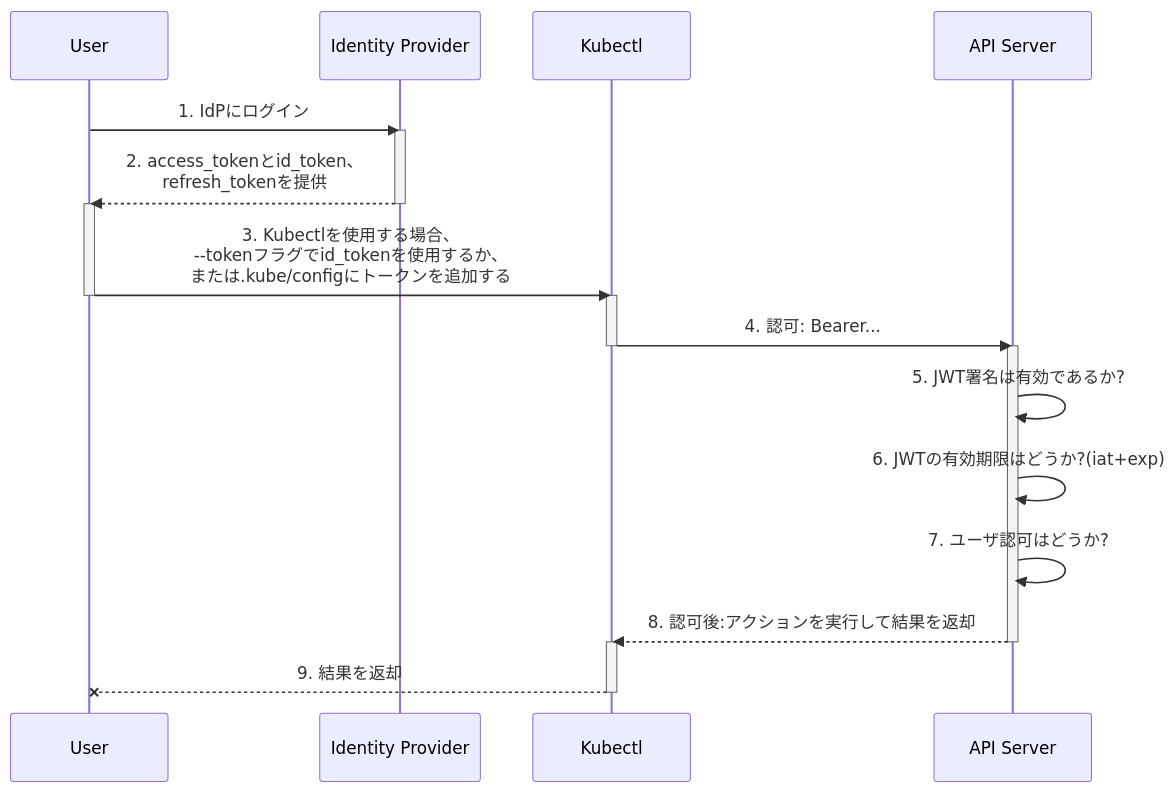
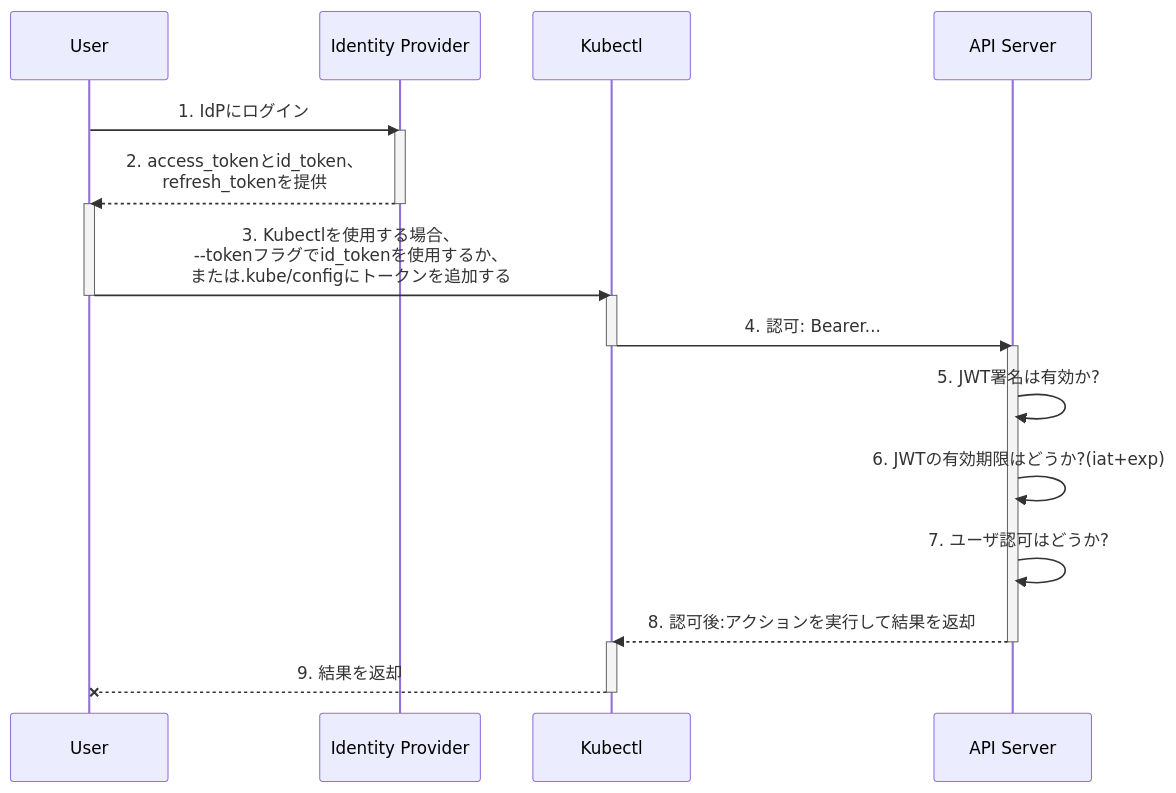
Before and after one commit to kubernetes/website: the diagram in content/ja/docs/reference/access-authn-authz/authentication.md, drawn with Mermaid.

```diff
--- a/content/ja/docs/reference/access-authn-authz/authentication.md
+++ b/content/ja/docs/reference/access-authn-authz/authentication.md
@@ -198,27 +198,27 @@
 {{< mermaid >}}
 sequenceDiagram
     participant user as User
     participant idp as Identity Provider
     participant kube as Kubectl
     participant api as API Server
 
     user ->> idp: 1. IdPにログイン
     activate idp
     idp -->> user: 2. access_tokenとid_token、<br>refresh_tokenを提供
     deactivate idp
     activate user
     user ->> kube: 3. Kubectlを使用する場合、<br>--tokenフラグでid_tokenを使用するか、<br>または.kube/configにトークンを追加する
     deactivate user
     activate kube
     kube ->> api: 4. 認可: Bearer...
     deactivate kube
     activate api
-    api ->> api: 5. JWT署名は有効であるか?
+    api ->> api: 5. JWT署名は有効か?
     api ->> api: 6. JWTの有効期限はどうか?(iat+exp)
     api ->> api: 7. ユーザ認可はどうか?
     api -->> kube: 8. 認可後:アクションを実行して結果を返却
     deactivate api
     activate kube
     kube --x user: 9. 結果を返却
     deactivate kube
 {{< /mermaid >}}
```
